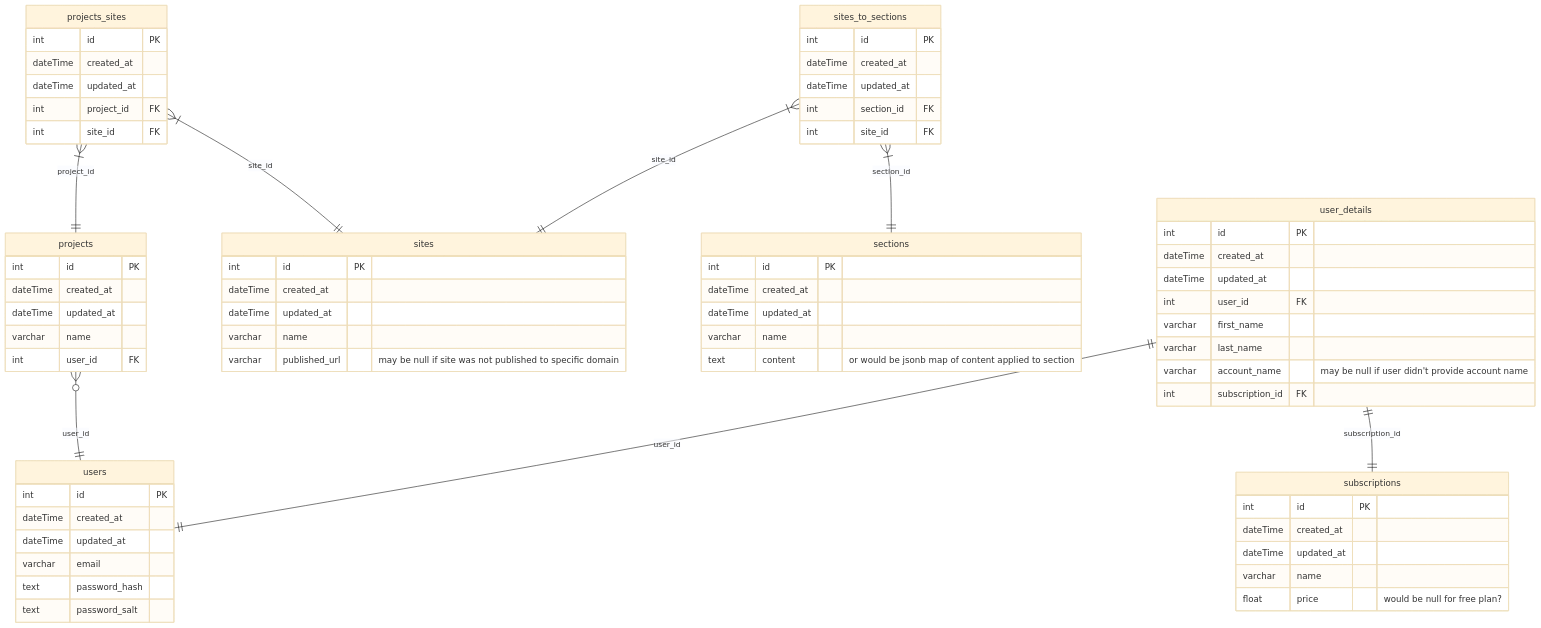
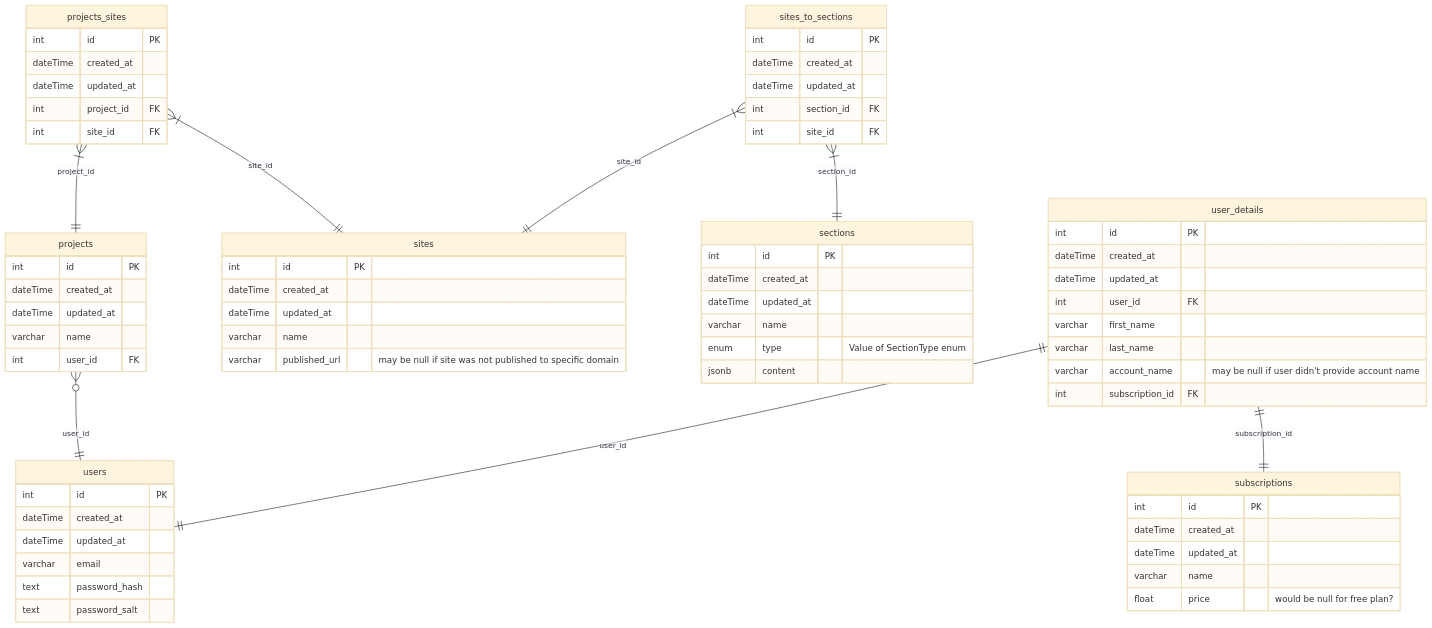
The diagram in readme.md (BinaryStudioAcademy/bsa-winter-2022-2023-simpleland), drawn with Mermaid (base theme) before and after one commit. The commit also changed 1 other file, not shown here.

Commit message:
sl-60: * swagger and db schema

````diff
--- a/readme.md
+++ b/readme.md
@@ -43,80 +43,81 @@
 ```mermaid
 erDiagram
 
   users {
     int id PK
     dateTime created_at
     dateTime updated_at
     varchar email
     text password_hash
     text password_salt
   }
 
   %% mb user_details should content subscription_end_time col?
   user_details ||--|| users : user_id
   user_details ||--|| subscriptions : subscription_id
   user_details {
     int id PK
     dateTime created_at
     dateTime updated_at
     int user_id FK
     varchar first_name
     varchar last_name
     varchar account_name "may be null if user didn't provide account name"
     int subscription_id FK
   }
 
   sites {
     int id PK
     dateTime created_at
     dateTime updated_at
     varchar name
     varchar published_url "may be null if site was not published to specific domain"
   }
 
   sections {
     int id PK
     dateTime created_at
     dateTime updated_at
     varchar name
-    text content "or would be jsonb map of content applied to section"
+    enum type  "Value of SectionType enum"
+    jsonb content
   }
 
   sites_to_sections }|--|| sections : section_id
   sites_to_sections }|--|| sites : site_id
   sites_to_sections {
     int id PK
     dateTime created_at
     dateTime updated_at
     int section_id FK
     int site_id FK
   }
 
   projects }o--|| users : user_id
   projects {
     int id PK
     dateTime created_at
     dateTime updated_at
     varchar name
     int user_id FK
   }
 
   projects_sites }|--|| projects : project_id
   projects_sites }|--|| sites : site_id
   projects_sites {
     int id PK
     dateTime created_at
     dateTime updated_at
     int project_id FK
     int site_id FK
   }
 
   subscriptions {
     int id PK
     dateTime created_at
     dateTime updated_at
     varchar name
     float price "would be null for free plan?"
   }
 
 ```
````
